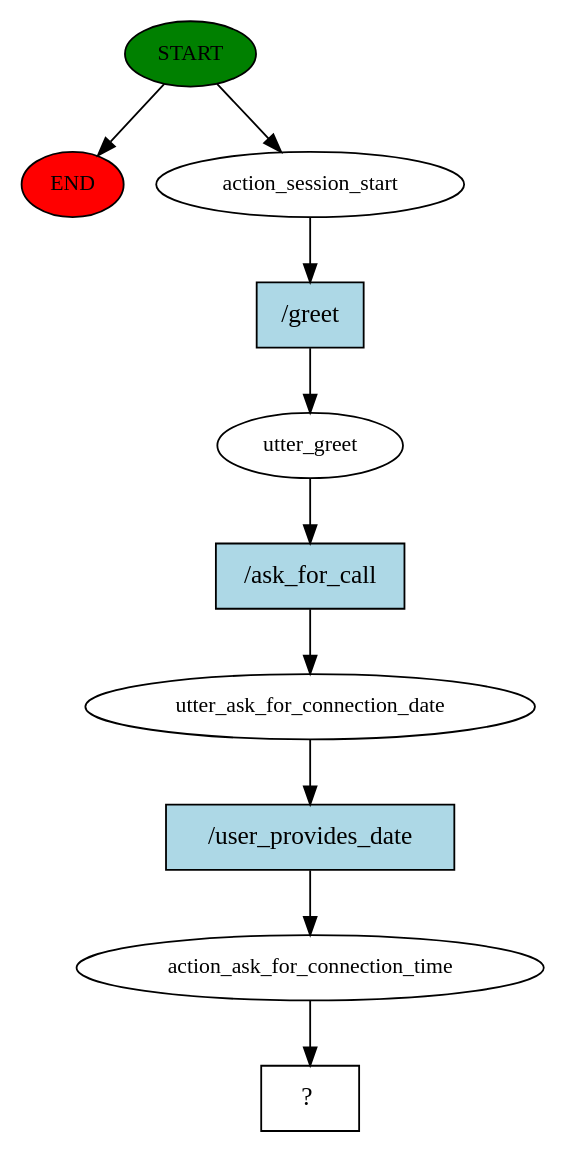
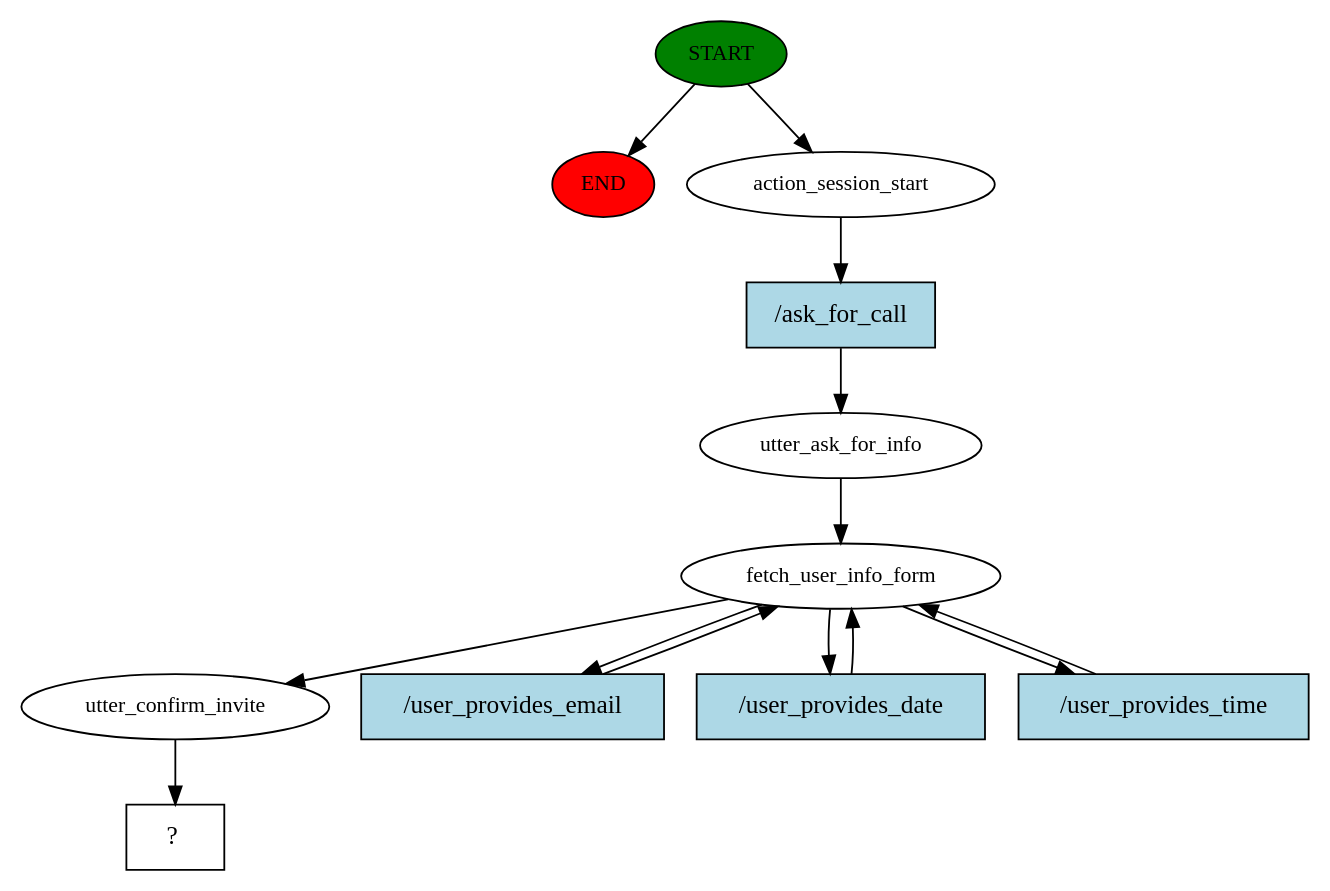
One commit to anshumankmr/rasa-chat-bot changed the diagram in story_graph.dot. Above: the diagram before and after it, drawn with Graphviz. The commit also changed 10 other files, not shown here.

```diff
--- a/story_graph.dot
+++ b/story_graph.dot
@@ -1,21 +1,26 @@
 digraph  {
 0 [class="start active", fillcolor=green, fontsize=12, label=START, style=filled];
 "-1" [class=end, fillcolor=red, fontsize=12, label=END, style=filled];
 1 [class=active, fontsize=12, label=action_session_start];
-2 [class=active, fontsize=12, label=utter_greet];
-3 [class=active, fontsize=12, label=utter_ask_for_connection_date];
-4 [class=active, fontsize=12, label=action_ask_for_connection_time];
-5 [class="intent dashed active", label="  ?  ", shape=rect];
-6 [class="intent active", fillcolor=lightblue, label="/greet", shape=rect, style=filled];
-7 [class="intent active", fillcolor=lightblue, label="/ask_for_call", shape=rect, style=filled];
-8 [class="intent active", fillcolor=lightblue, label="/user_provides_date", shape=rect, style=filled];
+2 [class=active, fontsize=12, label=utter_ask_for_info];
+3 [class=active, fontsize=12, label=fetch_user_info_form];
+7 [class=active, fontsize=12, label=utter_confirm_invite];
+8 [class="intent dashed active", label="  ?  ", shape=rect];
+9 [class="intent active", fillcolor=lightblue, label="/ask_for_call", shape=rect, style=filled];
+10 [class="intent active", fillcolor=lightblue, label="/user_provides_email", shape=rect, style=filled];
+11 [class="intent active", fillcolor=lightblue, label="/user_provides_date", shape=rect, style=filled];
+12 [class="intent active", fillcolor=lightblue, label="/user_provides_time", shape=rect, style=filled];
 0 -> "-1"  [class="", key=NONE, label=""];
 0 -> 1  [class=active, key=NONE, label=""];
-1 -> 6  [class=active, key=0];
-2 -> 7  [class=active, key=0];
-3 -> 8  [class=active, key=0];
-4 -> 5  [class=active, key=NONE, label=""];
-6 -> 2  [class=active, key=0];
-7 -> 3  [class=active, key=0];
-8 -> 4  [class=active, key=0];
+1 -> 9  [class=active, key=0];
+2 -> 3  [class=active, key=NONE, label=""];
+3 -> 7  [class=active, key=NONE, label=""];
+3 -> 10  [class=active, key=0];
+3 -> 11  [class=active, key=0];
+3 -> 12  [class=active, key=0];
+7 -> 8  [class=active, key=NONE, label=""];
+9 -> 2  [class=active, key=0];
+10 -> 3  [class=active, key=0];
+11 -> 3  [class=active, key=0];
+12 -> 3  [class=active, key=0];
 }
```
